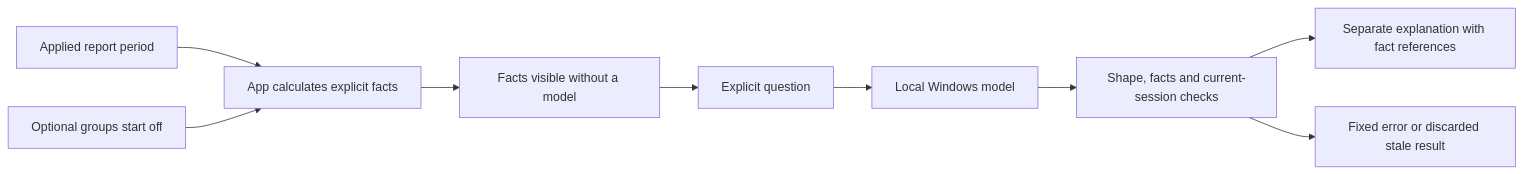
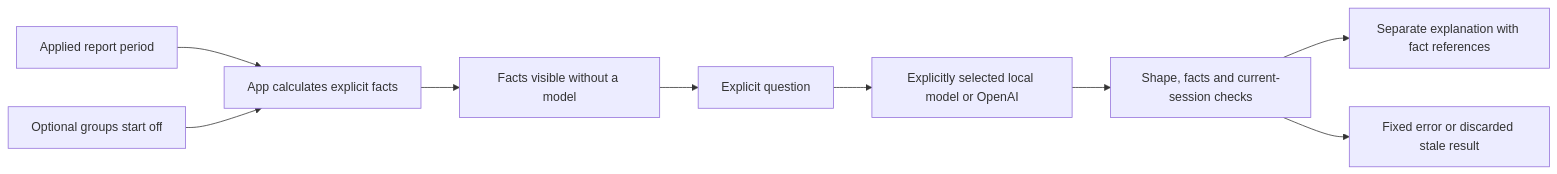
The diagram in docs/FINANCIAL_ASSISTANT.md (lejie710/my-money-management-fyp), drawn with Mermaid before and after one commit. The commit also changed other lines of this file and 153 other files, not shown here.

````diff
--- a/docs/FINANCIAL_ASSISTANT.md
+++ b/docs/FINANCIAL_ASSISTANT.md
@@ -37,11 +37,11 @@
 ```mermaid
 flowchart LR
     A[Applied report period] --> B[App calculates explicit facts]
     C[Optional groups start off] --> B
     B --> D[Facts visible without a model]
     D --> E[Explicit question]
-    E --> F[Local Windows model]
+    E --> F[Explicitly selected local model or OpenAI]
     F --> G[Shape, facts and current-session checks]
     G --> H[Separate explanation with fact references]
     G --> I[Fixed error or discarded stale result]
 ```
````
